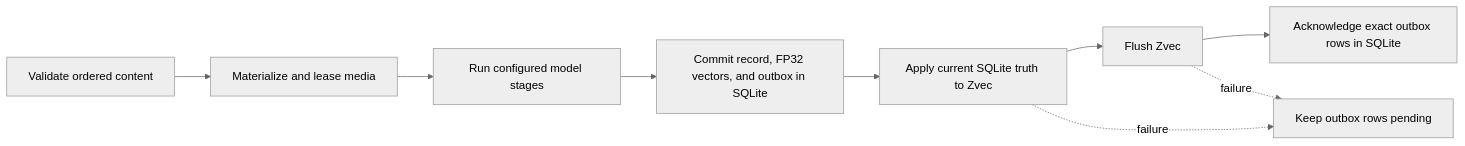
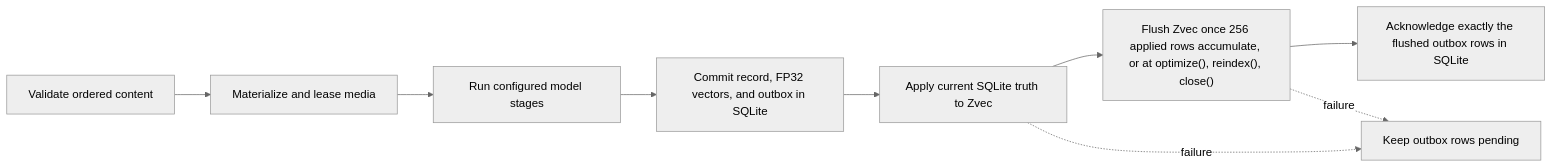
Before and after one commit to EventHorizon-Lab/MindBridge: the first of 3 diagrams in docs/architecture.md, drawn with Mermaid (neutral theme). The commit also changed other lines of this file and 9 other files, not shown here.

First line of the commit message:
Batch the Zvec flush behind the outbox and memoize per-row hydration work

````diff
--- a/docs/architecture.md
+++ b/docs/architecture.md
@@ -46,11 +46,11 @@
 ```mermaid
 flowchart LR
     input["Validate ordered content"] --> assets["Materialize and lease media"]
     assets --> models["Run configured model stages"]
     models --> sqlite["Commit record, FP32 vectors, and outbox in SQLite"]
     sqlite --> zvec["Apply current SQLite truth to Zvec"]
-    zvec --> flush["Flush Zvec"]
-    flush --> ack["Acknowledge exact outbox rows in SQLite"]
+    zvec --> flush["Flush Zvec once 256 applied rows accumulate, or at optimize(), reindex(), close()"]
+    flush --> ack["Acknowledge exactly the flushed outbox rows in SQLite"]
     zvec -. failure .-> pending["Keep outbox rows pending"]
     flush -. failure .-> pending
 ```
````
